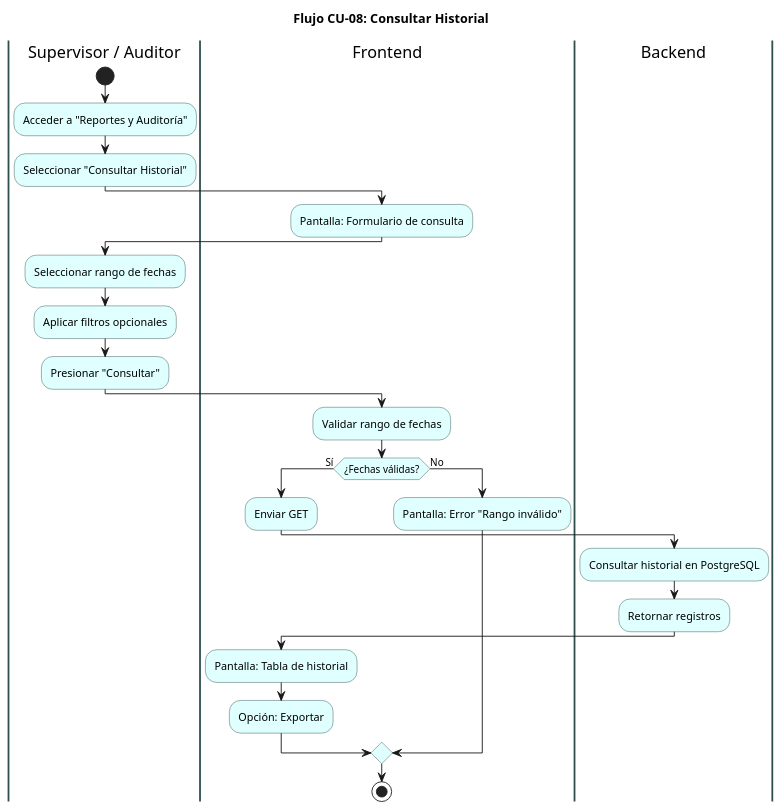
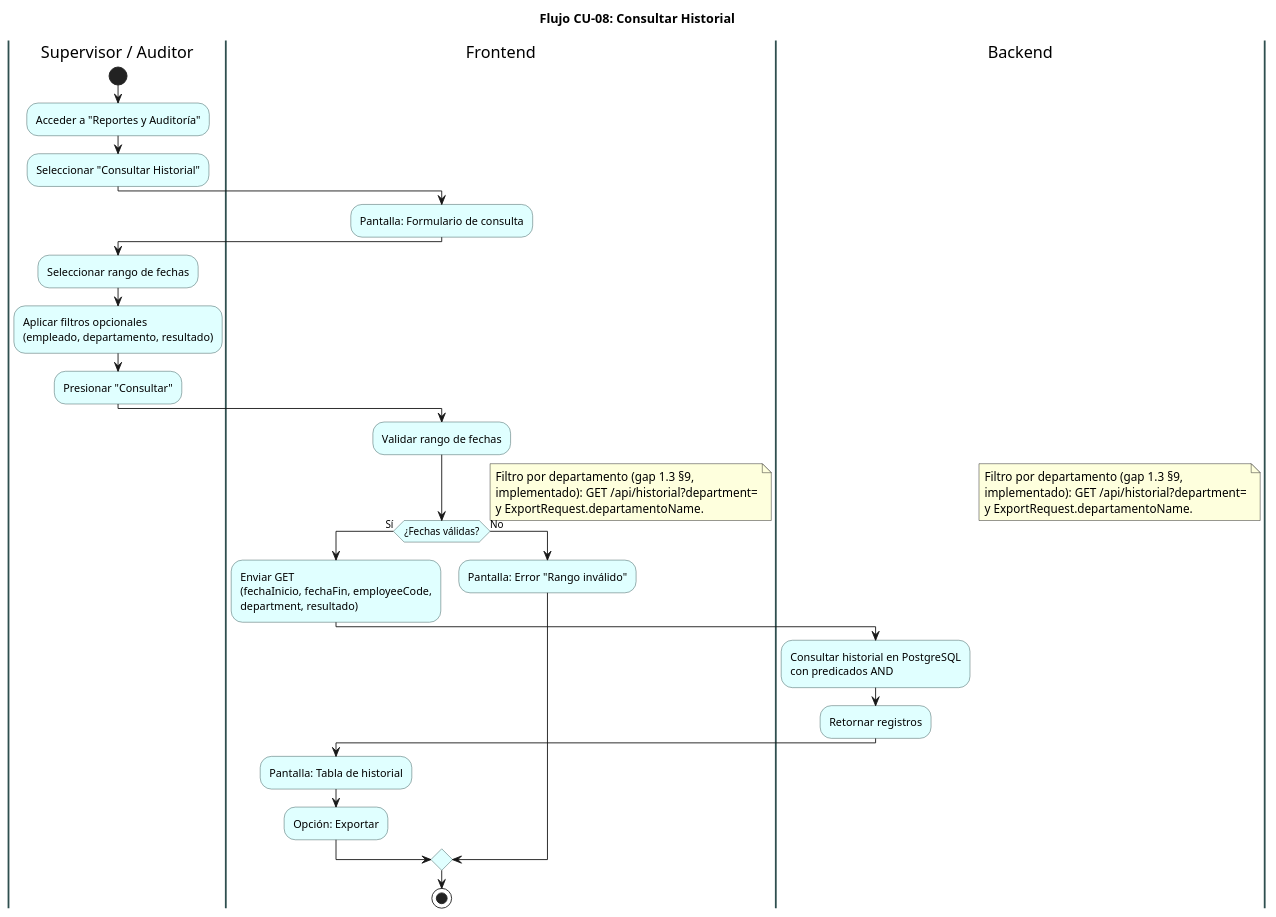
Before and after one commit to ElianMMCode/Zone-Control: the diagram in docs/diagramas/flujo/13_flujo_historial.puml, drawn with PlantUML. The commit also changed 7 other files, not shown here.

First line of the commit message:
docs: Fase A complete - HUs 07/15/16/17, flows 13-15, plan §9

```diff
--- a/docs/diagramas/flujo/13_flujo_historial.puml
+++ b/docs/diagramas/flujo/13_flujo_historial.puml
@@ -1,51 +1,57 @@
 @startuml
 title Flujo CU-08: Consultar Historial
 skinparam activity {
   BackgroundColor LightCyan
   BorderColor DarkSlateGray
 }
 skinparam swimlane {
   BorderColor DarkSlateGray
   BorderThickness 2
 }
 
 |Supervisor / Auditor|
 start
 :Acceder a "Reportes y Auditoría";
 
 :Seleccionar "Consultar Historial";
 
 |Frontend|
 :Pantalla: Formulario de consulta;
 
 |Supervisor / Auditor|
 :Seleccionar rango de fechas;
 
-:Aplicar filtros opcionales;
+:Aplicar filtros opcionales\n(empleado, departamento, resultado);
 
 :Presionar "Consultar";
 
 |Frontend|
 :Validar rango de fechas;
 
 if (¿Fechas válidas?) then (Sí)
-  :Enviar GET;
+  :Enviar GET\n(fechaInicio, fechaFin, employeeCode,\ndepartment, resultado);
 
   |Backend|
-  :Consultar historial en PostgreSQL;
+  :Consultar historial en PostgreSQL\ncon predicados AND;
 
   :Retornar registros;
 
   |Frontend|
   :Pantalla: Tabla de historial;
 
   :Opción: Exportar;
 
 else (No)
   :Pantalla: Error "Rango inválido";
 
 endif
 
+note right
+  Filtro por departamento (gap 1.3 §9,
+  implementado): GET /api/historial?department=
+  y ExportRequest.departamentoName.
+end note
+
 stop
 
 @enduml
```
